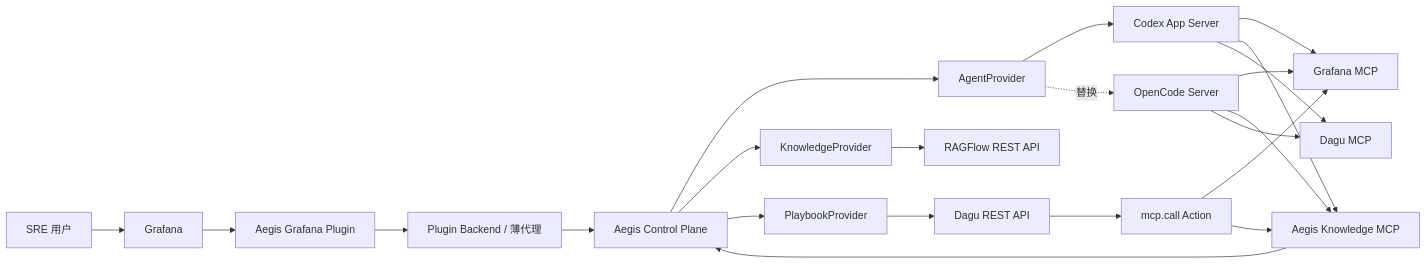
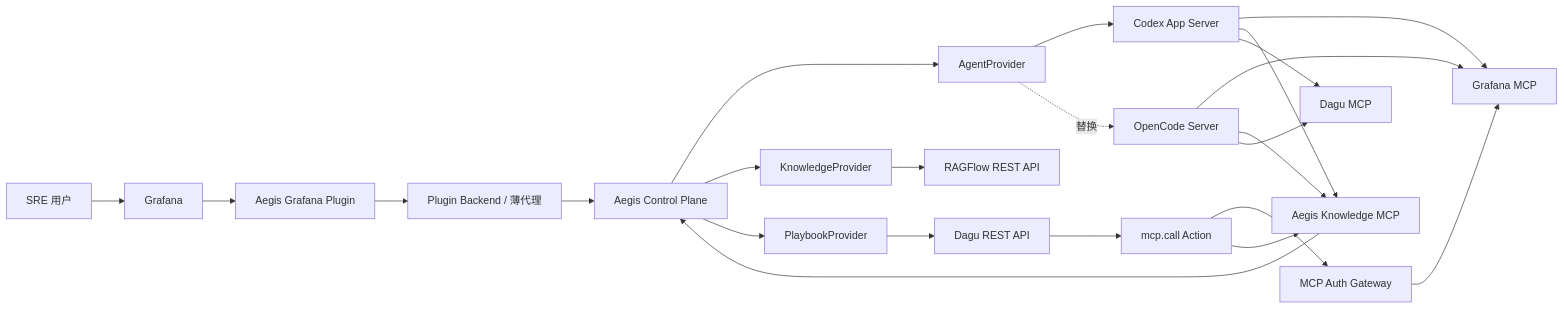
The diagram in docs/architecture.md (ChaonanShen/aegis-sre), drawn with Mermaid before and after one commit. The commit also changed other lines of this file and 32 other files, not shown here.

Commit message:
feat: harden Dagu to Grafana MCP execution

````diff
--- a/docs/architecture.md
+++ b/docs/architecture.md
@@ -18,28 +18,29 @@
 ```mermaid
 flowchart LR
     User["SRE 用户"] --> Grafana["Grafana"]
     Grafana --> Plugin["Aegis Grafana Plugin"]
     Plugin --> BFF["Plugin Backend / 薄代理"]
     BFF --> CP["Aegis Control Plane"]
 
     CP --> AgentPort["AgentProvider"]
     CP --> KnowledgePort["KnowledgeProvider"]
     CP --> PlaybookPort["PlaybookProvider"]
 
     AgentPort --> Codex["Codex App Server"]
     AgentPort -. "替换" .-> OpenCode["OpenCode Server"]
     KnowledgePort --> RAGFlow["RAGFlow REST API"]
     PlaybookPort --> Dagu["Dagu REST API"]
 
     Codex --> GrafanaMCP["Grafana MCP"]
     Codex --> KnowledgeMCP["Aegis Knowledge MCP"]
     Codex --> DaguMCP["Dagu MCP"]
     OpenCode --> GrafanaMCP
     OpenCode --> KnowledgeMCP
     OpenCode --> DaguMCP
 
     KnowledgeMCP --> CP
     Dagu --> MCPCall["mcp.call Action"]
-    MCPCall --> GrafanaMCP
+    MCPCall --> MCPGateway["MCP Auth Gateway"]
+    MCPGateway --> GrafanaMCP
     MCPCall --> KnowledgeMCP
 ```
````
